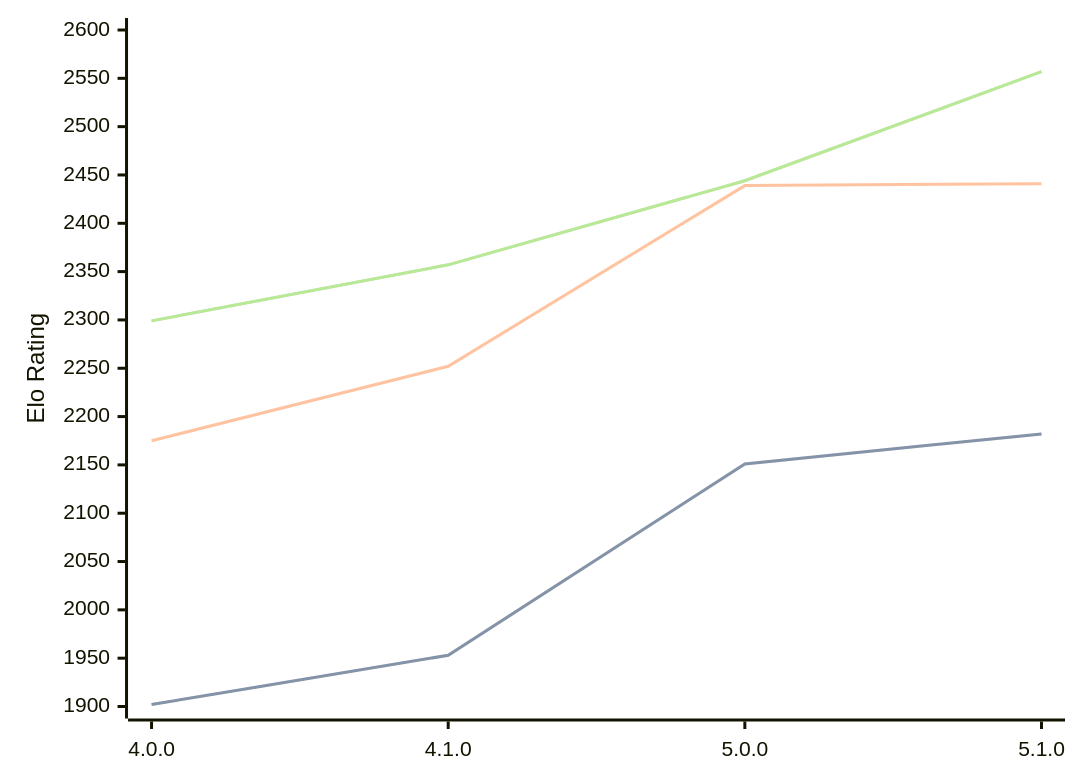
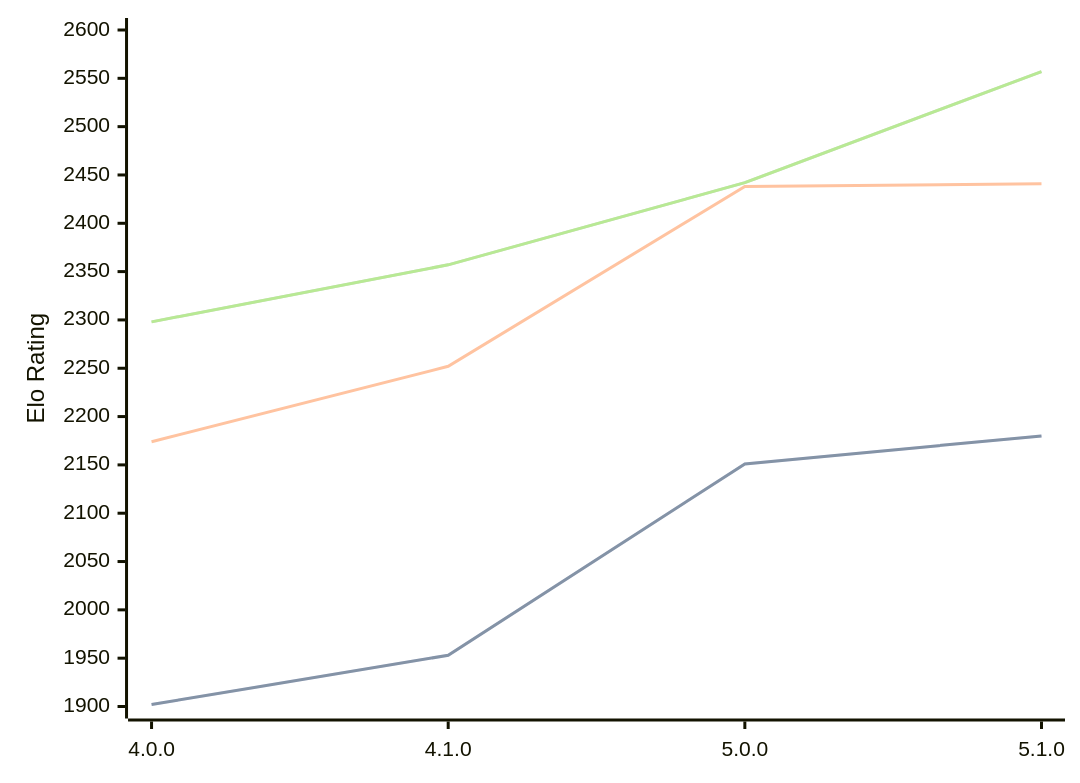
The diagram in engines/Aconcagua.md (computer-chess-index/cci), drawn with Mermaid before and after one commit. The commit also changed other lines of this file, not shown here.

Commit message:
Update CCI Ratings (ELO VLTC) - 2026-06-10

````diff
--- a/engines/Aconcagua.md
+++ b/engines/Aconcagua.md
@@ -44,11 +44,11 @@
 ```mermaid
 %%{init: {"theme":"base","themeVariables":{"seriesColors:['#a3a3a3','#222221','#faa371']}}}%%
 xychart-beta
   x-axis ["4.0.0", "4.1.0", "5.0.0", "5.1.0"]
   y-axis "Elo Rating" 1900 --> 2600
-  line "STC (8.0+0.08s)" [1902, 1953, 2151, 2182]
-  line "STC (8.0+0.08s)" [1902, 1953, 2151, 2182]
-  line "LTC (60.0+0.60s)" [2175, 2252, 2439, 2441]
-  line "VLTC (2m24s+1.12s)" [2299, 2357, 2444, 2557]
-  line "VLTC (2m24s+1.12s)" [2299, 2357, 2444, 2557]
+  line "STC (8.0+0.08s)" [1902, 1953, 2151, 2180]
+  line "STC (8.0+0.08s)" [1902, 1953, 2151, 2180]
+  line "LTC (60.0+0.60s)" [2174, 2252, 2438, 2441]
+  line "VLTC (2m24s+1.12s)" [2298, 2357, 2442, 2557]
+  line "VLTC (2m24s+1.12s)" [2298, 2357, 2442, 2557]
 ```
````
